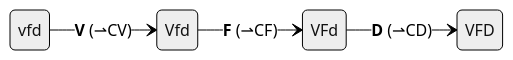
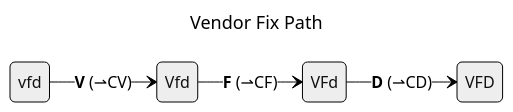
One commit to CERTCC/Vultron changed the third of 4 diagrams in docs/reference/formal_protocol/conclusion.md. Above: the diagram before and after it, drawn with Mermaid (neutral theme). The commit also changed other lines of this file and 30 other files, not shown here.

````diff
--- a/docs/reference/formal_protocol/conclusion.md
+++ b/docs/reference/formal_protocol/conclusion.md
@@ -77,7 +102,10 @@
 ```mermaid
+---
+title: Vendor Fix Path
+---
 stateDiagram-v2
     direction LR
     vfd --> Vfd : <b>V</b> (#8640;CV) 
     Vfd --> VFd : <b>F</b> (#8640;CF)
     VFd --> VFD : <b>D</b> (#8640;CD)
 ```
````
